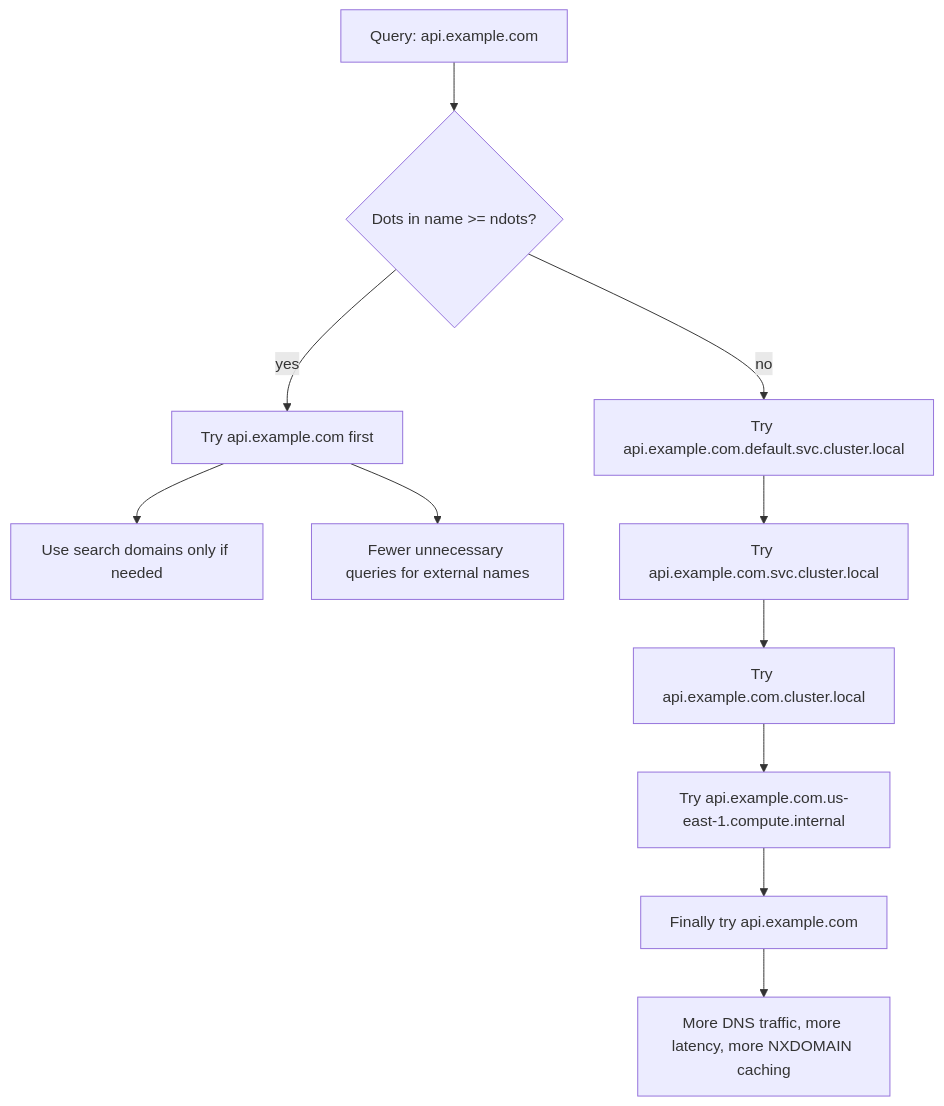
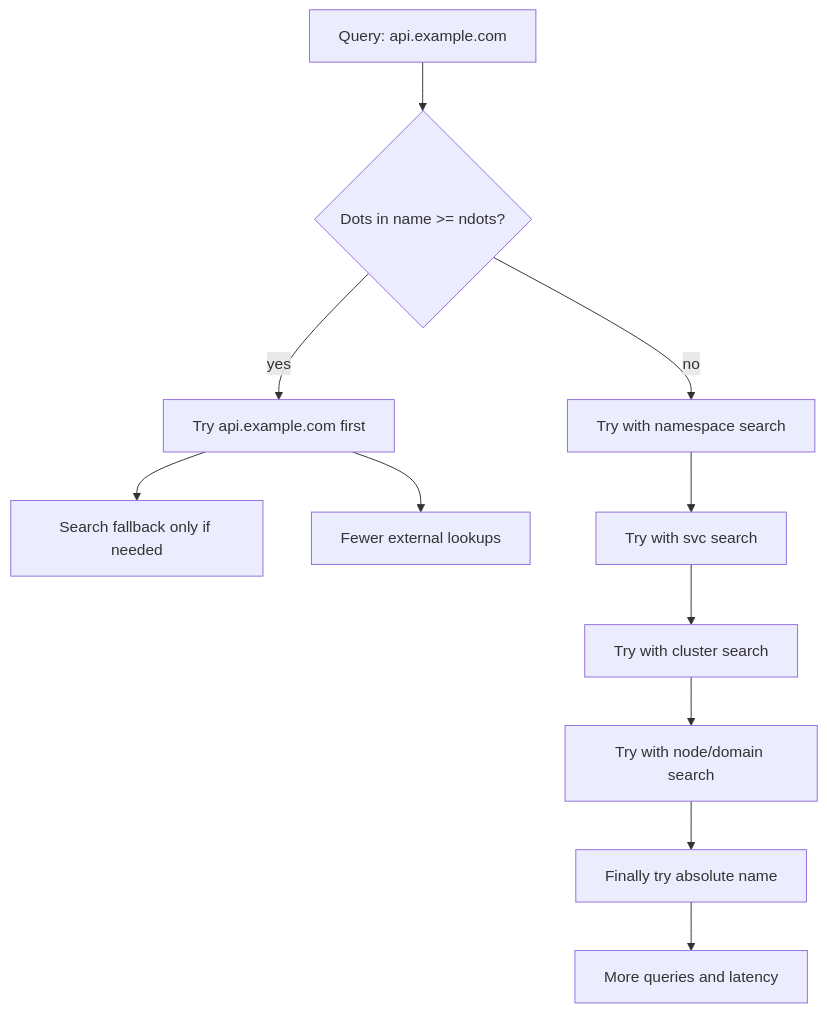
Before and after one commit to chunyang-wen/chunyang-wen.github.io: the fifth of 5 diagrams in _posts/2026/2026-06-08-deep-dive-into-dns-architecture-hijacks-and-timeouts.md, drawn with Mermaid. The commit also changed other lines of this file, not shown here.

Commit message:
Compact DNS Mermaid diagrams

````diff
--- a/_posts/2026/2026-06-08-deep-dive-into-dns-architecture-hijacks-and-timeouts.md
+++ b/_posts/2026/2026-06-08-deep-dive-into-dns-architecture-hijacks-and-timeouts.md
@@ -272,16 +272,16 @@
 ```mermaid
 flowchart TB
     name["Query: api.example.com"] --> dots{"Dots in name >= ndots?"}
 
     dots -- "yes" --> absoluteFirst["Try api.example.com first"]
-    absoluteFirst --> searchFallback["Use search domains only if needed"]
+    absoluteFirst --> searchFallback["Search fallback only if needed"]
 
-    dots -- "no" --> s1["Try api.example.com.default.svc.cluster.local"]
-    s1 --> s2["Try api.example.com.svc.cluster.local"]
-    s2 --> s3["Try api.example.com.cluster.local"]
-    s3 --> s4["Try api.example.com.us-east-1.compute.internal"]
-    s4 --> final["Finally try api.example.com"]
+    dots -- "no" --> s1["Try with namespace search"]
+    s1 --> s2["Try with svc search"]
+    s2 --> s3["Try with cluster search"]
+    s3 --> s4["Try with node/domain search"]
+    s4 --> final["Finally try absolute name"]
 
-    final --> traffic["More DNS traffic, more latency, more NXDOMAIN caching"]
-    absoluteFirst --> traffic2["Fewer unnecessary queries for external names"]
+    final --> traffic["More queries and latency"]
+    absoluteFirst --> traffic2["Fewer external lookups"]
 ```
````
